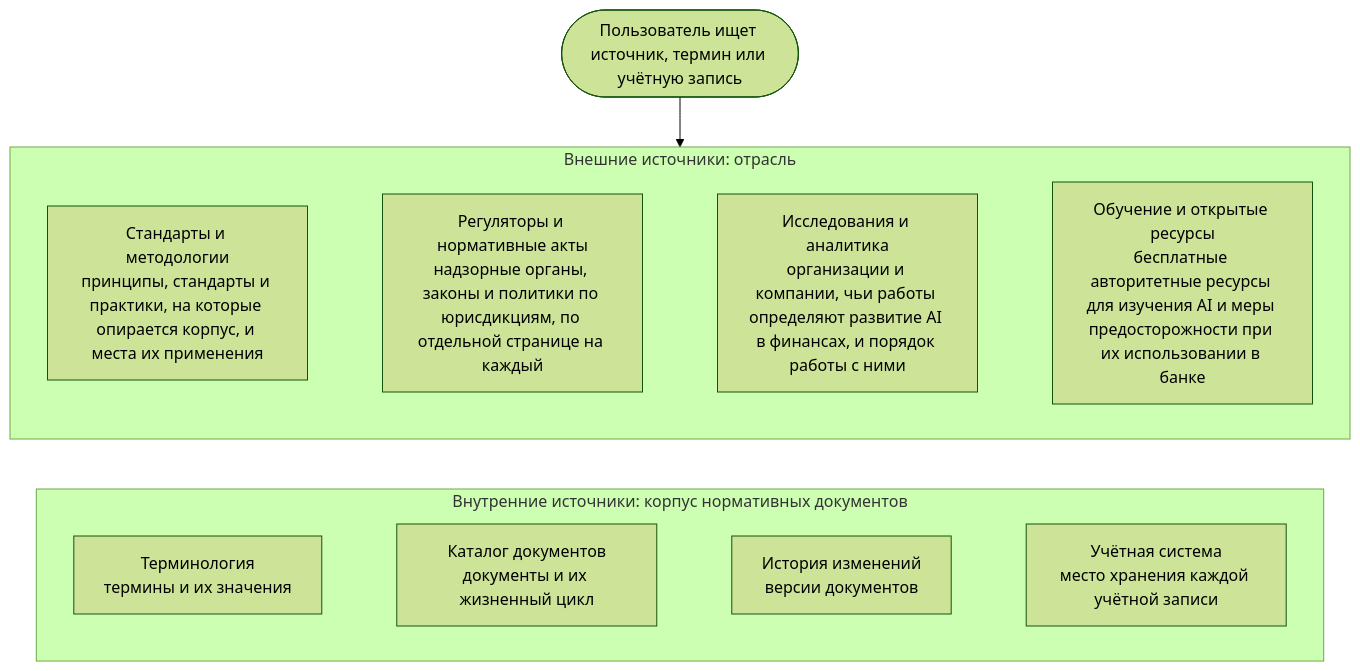
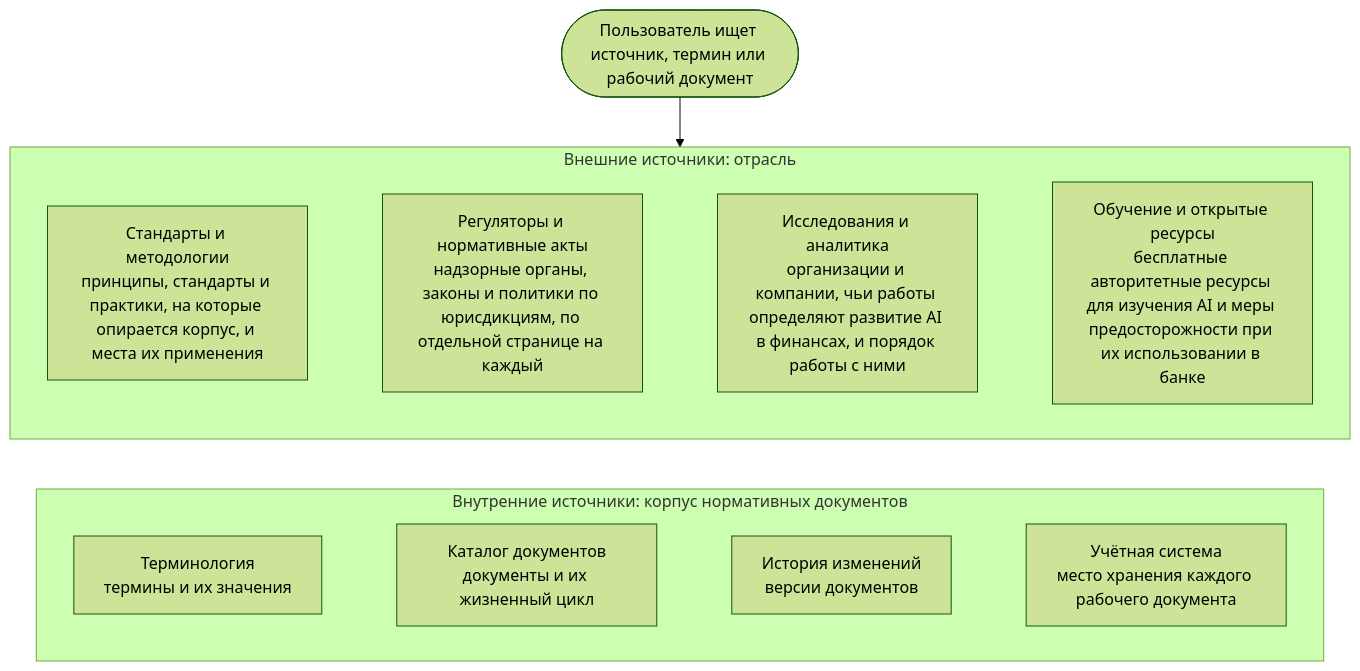
One commit to devhogu/ob-aicc changed the diagram in portal/content/ru/reference/overview.md. Above: the diagram before and after it, drawn with Mermaid (forest theme). The commit also changed other lines of this file and 300 other files, not shown here.

First line of the commit message:
Russian edition: a Record is «рабочий документ»; the charter's documents are «нормативные документы»

````diff
--- a/portal/content/ru/reference/overview.md
+++ b/portal/content/ru/reference/overview.md
@@ -13,14 +13,14 @@
 ```mermaid
 flowchart TB
-  Q(["Пользователь ищет источник, термин или учётную запись"])
+  Q(["Пользователь ищет источник, термин или рабочий документ"])
   subgraph ROW1["Внешние источники: отрасль"]
     direction LR
     S["Стандарты и методологии<br/>принципы, стандарты и практики, на которые опирается корпус, и места их применения"] ~~~ R["Регуляторы и нормативные акты<br/>надзорные органы, законы и политики по юрисдикциям, по отдельной странице на каждый"] ~~~ I["Исследования и аналитика<br/>организации и компании, чьи работы определяют развитие AI в финансах, и порядок работы с ними"] ~~~ L["Обучение и открытые ресурсы<br/>бесплатные авторитетные ресурсы для изучения AI и меры предосторожности при их использовании в банке"]
   end
   subgraph ROW2["Внутренние источники: корпус нормативных документов"]
     direction LR
-    V["Терминология<br/>термины и их значения"] ~~~ C["Каталог документов<br/>документы и их жизненный цикл"] ~~~ H["История изменений<br/>версии документов"] ~~~ K["Учётная система<br/>место хранения каждой учётной записи"]
+    V["Терминология<br/>термины и их значения"] ~~~ C["Каталог документов<br/>документы и их жизненный цикл"] ~~~ H["История изменений<br/>версии документов"] ~~~ K["Учётная система<br/>место хранения каждого рабочего документа"]
   end
   Q --> ROW1
   ROW1 ~~~ ROW2
 ```
````
